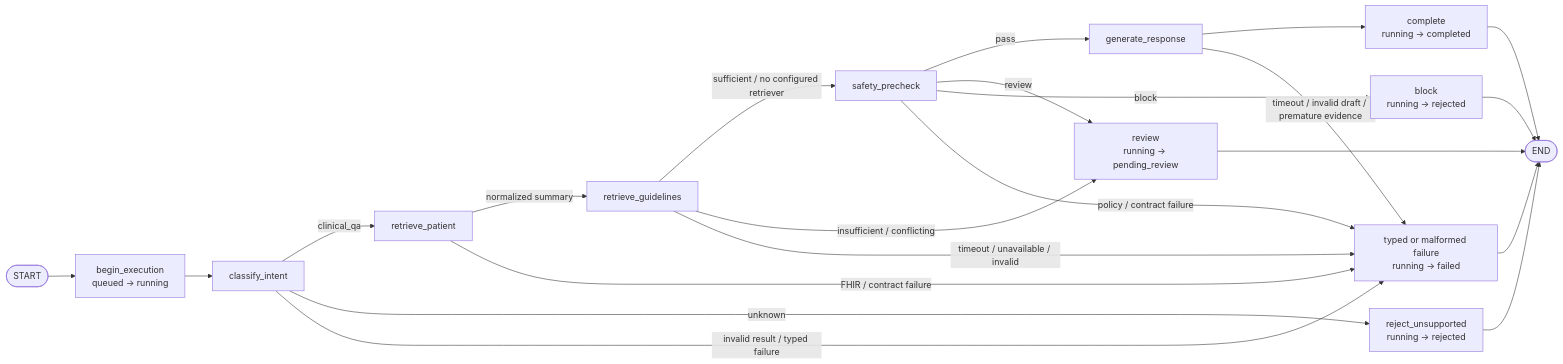
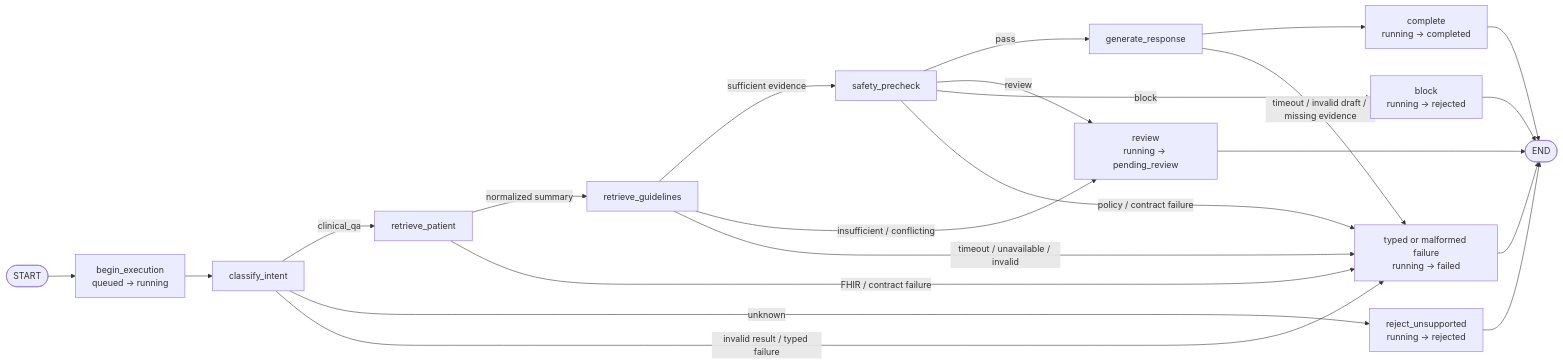
The third of 5 diagrams in docs/ARCHITECTURE.md (sanket-nawghare/langchain-poc), drawn with Mermaid before and after one commit. The commit also changed other lines of this file and 19 other files, not shown here.

````diff
--- a/docs/ARCHITECTURE.md
+++ b/docs/ARCHITECTURE.md
@@ -98,31 +98,31 @@
 ```mermaid
 flowchart LR
     Start(["START"])
     Begin["begin_execution<br/>queued → running"]
     Classify["classify_intent"]
     Retrieve["retrieve_patient"]
     Guidelines["retrieve_guidelines"]
     Safety["safety_precheck"]
     Reject["reject_unsupported<br/>running → rejected"]
     Generate["generate_response"]
     Complete["complete<br/>running → completed"]
     Review["review<br/>running → pending_review"]
     Block["block<br/>running → rejected"]
     Failed["typed or malformed failure<br/>running → failed"]
     End(["END"])
 
     Start --> Begin --> Classify
     Classify -->|"clinical_qa"| Retrieve
     Classify -->|"unknown"| Reject --> End
     Classify -->|"invalid result / typed failure"| Failed
     Retrieve -->|"normalized summary"| Guidelines
     Retrieve -->|"FHIR / contract failure"| Failed
-    Guidelines -->|"sufficient / no configured retriever"| Safety
+    Guidelines -->|"sufficient evidence"| Safety
     Guidelines -->|"insufficient / conflicting"| Review
     Guidelines -->|"timeout / unavailable / invalid"| Failed
     Safety -->|"pass"| Generate --> Complete --> End
-    Generate -->|"timeout / invalid draft / premature evidence"| Failed
+    Generate -->|"timeout / invalid draft / missing evidence"| Failed
     Safety -->|"review"| Review --> End
     Safety -->|"block"| Block --> End
     Safety -->|"policy / contract failure"| Failed --> End
 ```
````
